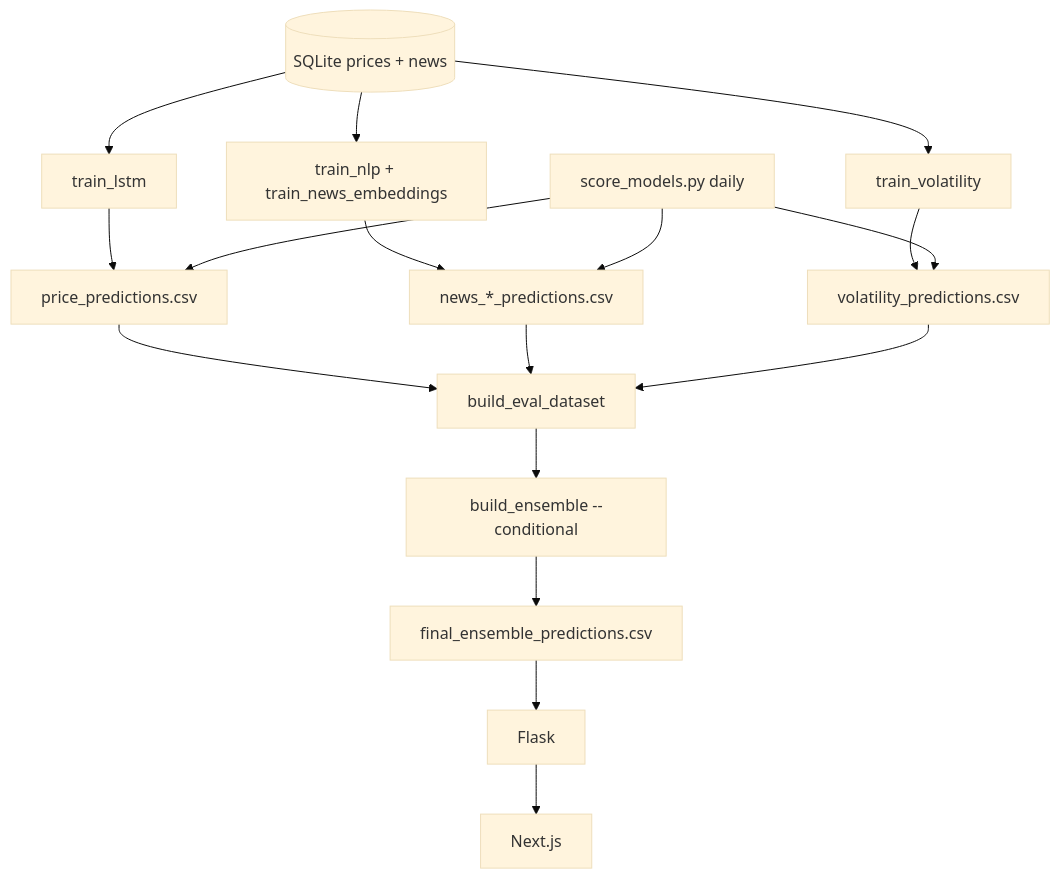
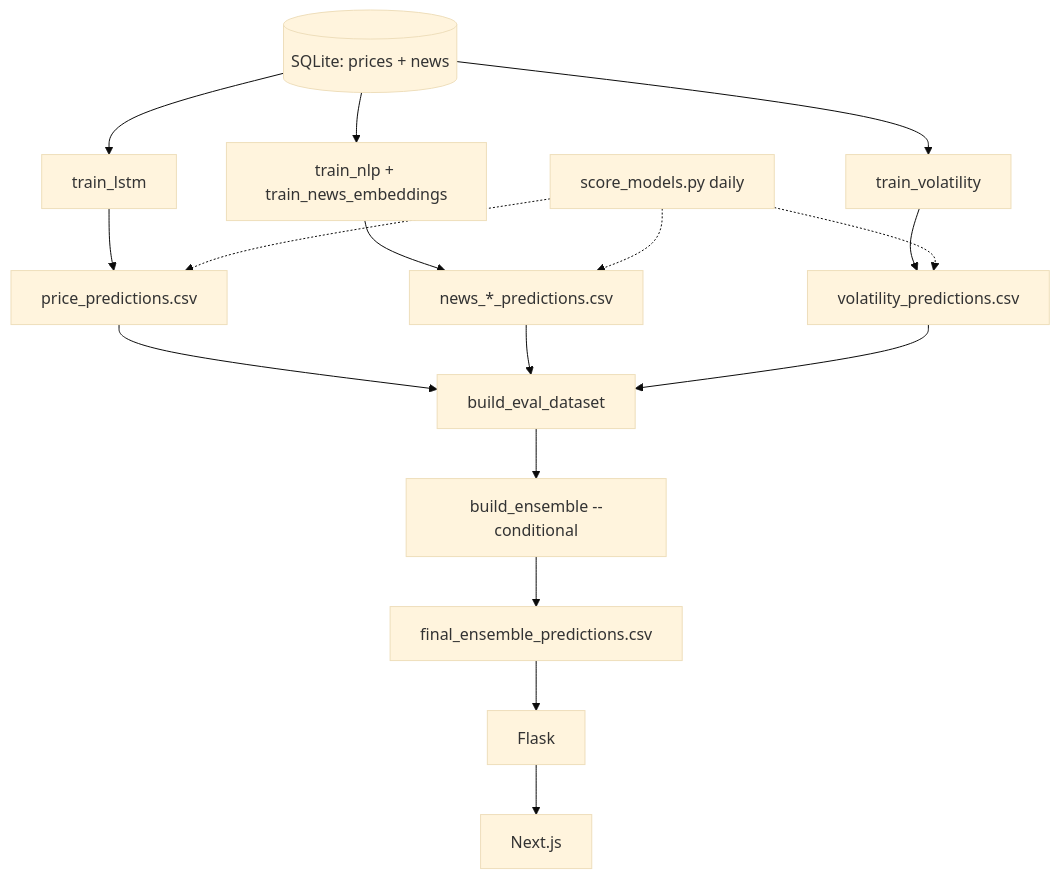
The diagram in docs/PROJECT_OVERVIEW.md (raphaelkaramagi/news-to-alpha), drawn with Mermaid (base theme) before and after one commit. The commit also changed other lines of this file and 32 other files, not shown here.

````diff
--- a/docs/PROJECT_OVERVIEW.md
+++ b/docs/PROJECT_OVERVIEW.md
@@ -23,19 +77,19 @@
 ```mermaid
 flowchart TD
-  DB[(SQLite prices + news)] --> LSTM[train_lstm]
+  DB[(SQLite: prices + news)] --> LSTM[train_lstm]
   DB --> NLP[train_nlp + train_news_embeddings]
   DB --> VOL[train_volatility]
   LSTM --> P1[price_predictions.csv]
   NLP --> P2[news_*_predictions.csv]
   VOL --> P3[volatility_predictions.csv]
   P1 --> ED[build_eval_dataset]
   P2 --> ED
   P3 --> ED
   ED --> BE[build_ensemble --conditional]
   BE --> OUT[final_ensemble_predictions.csv]
-  score[score_models.py daily] --> P1
-  score --> P2
-  score --> P3
+  SCORE[score_models.py daily] -.-> P1
+  SCORE -.-> P2
+  SCORE -.-> P3
   OUT --> API[Flask]
   API --> UI[Next.js]
 ```
````
